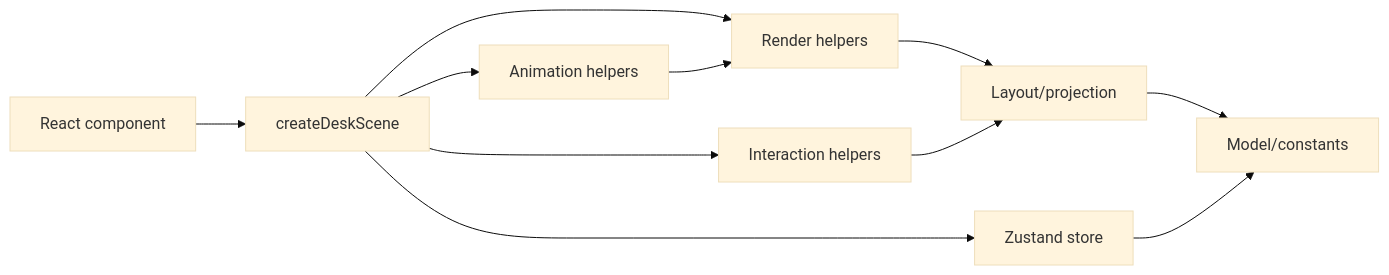
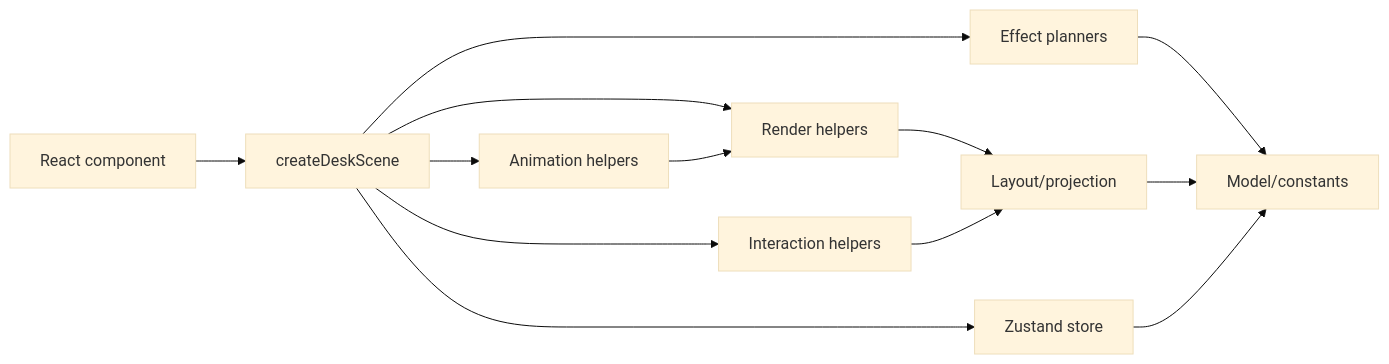
One commit to catindev/dtp3 changed the diagram in docs/architecture.md. Above: the diagram before and after it, drawn with Mermaid (base theme). The commit also changed other lines of this file and 15 other files, not shown here.

````diff
--- a/docs/architecture.md
+++ b/docs/architecture.md
@@ -45,13 +52,15 @@
 ```mermaid
 flowchart LR
   React["React component"] --> Scene["createDeskScene"]
   Scene --> Store["Zustand store"]
   Scene --> Render["Render helpers"]
   Scene --> Interaction["Interaction helpers"]
   Scene --> Animation["Animation helpers"]
+  Scene --> Effects["Effect planners"]
   Render --> Layout["Layout/projection"]
   Interaction --> Layout
+  Effects --> Model
   Layout --> Model["Model/constants"]
   Store --> Model
   Animation --> Render
 ```
````
